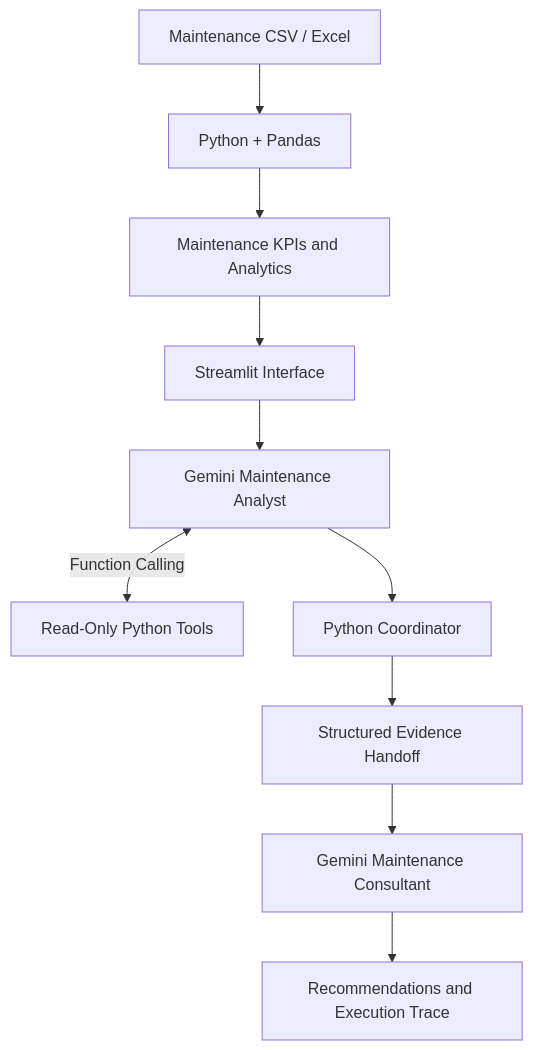
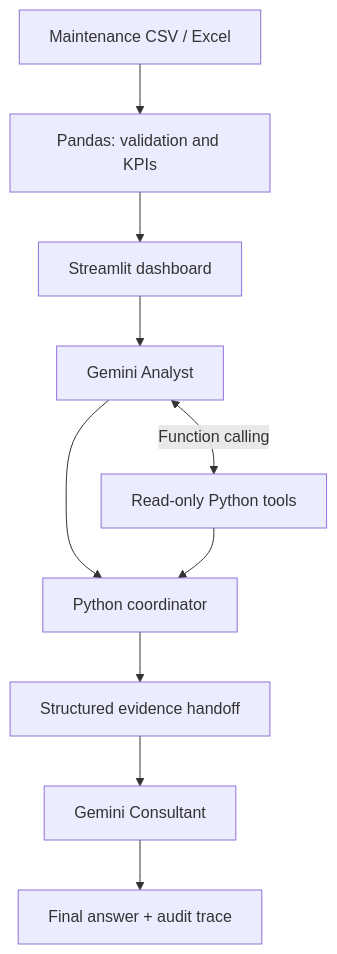
The diagram in README.md (ioglas-af/ai-maintenance), drawn with Mermaid before and after one commit. The commit also changed other lines of this file and 3 other files, not shown here.

````diff
--- a/README.md
+++ b/README.md
@@ -69,12 +45,12 @@
 ```mermaid
 flowchart TD
-    A[Maintenance CSV / Excel] --> B[Python + Pandas]
-    B --> C[Maintenance KPIs and Analytics]
-    C --> D[Streamlit Interface]
-    D --> E[Gemini Maintenance Analyst]
-    E <-->|Function Calling| F[Read-Only Python Tools]
-    E --> G[Python Coordinator]
-    G --> H[Structured Evidence Handoff]
-    H --> I[Gemini Maintenance Consultant]
-    I --> J[Recommendations and Execution Trace]
+  A["Maintenance CSV / Excel"] --> B["Pandas: validation and KPIs"]
+  B --> C["Streamlit dashboard"]
+  C --> D["Gemini Analyst"]
+  D <-->|"Function calling"| E["Read-only Python tools"]
+  D --> F["Python coordinator"]
+  E --> F
+  F --> G["Structured evidence handoff"]
+  G --> H["Gemini Consultant"]
+  H --> I["Final answer + audit trace"]
 ```
````
